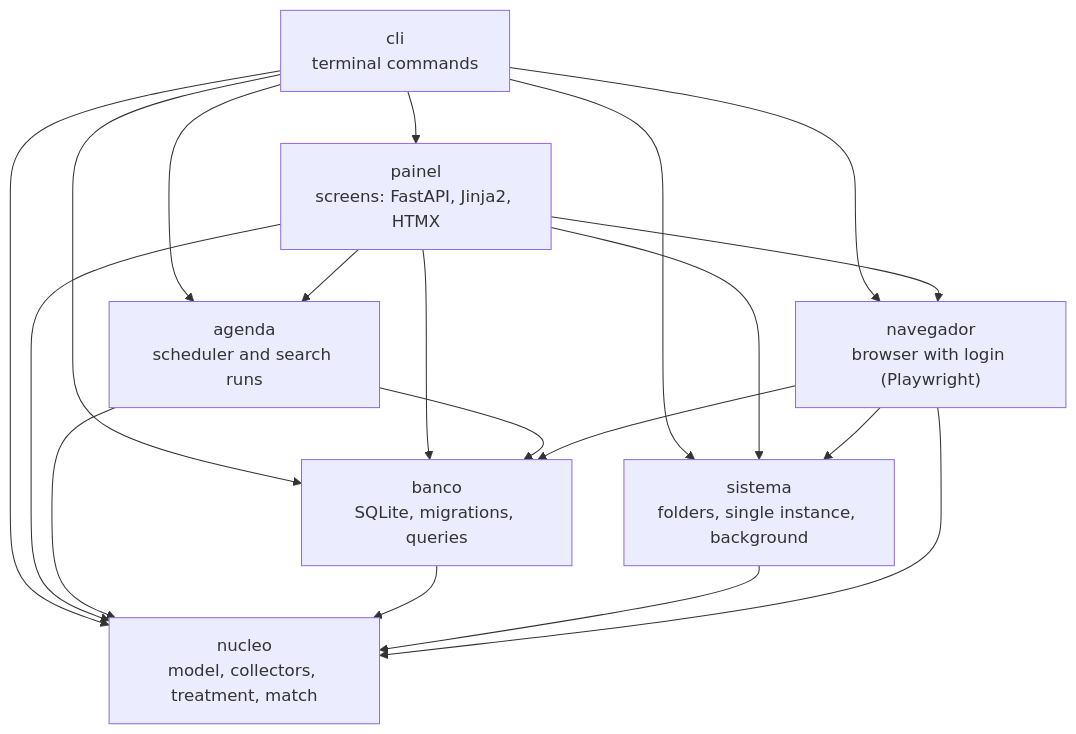
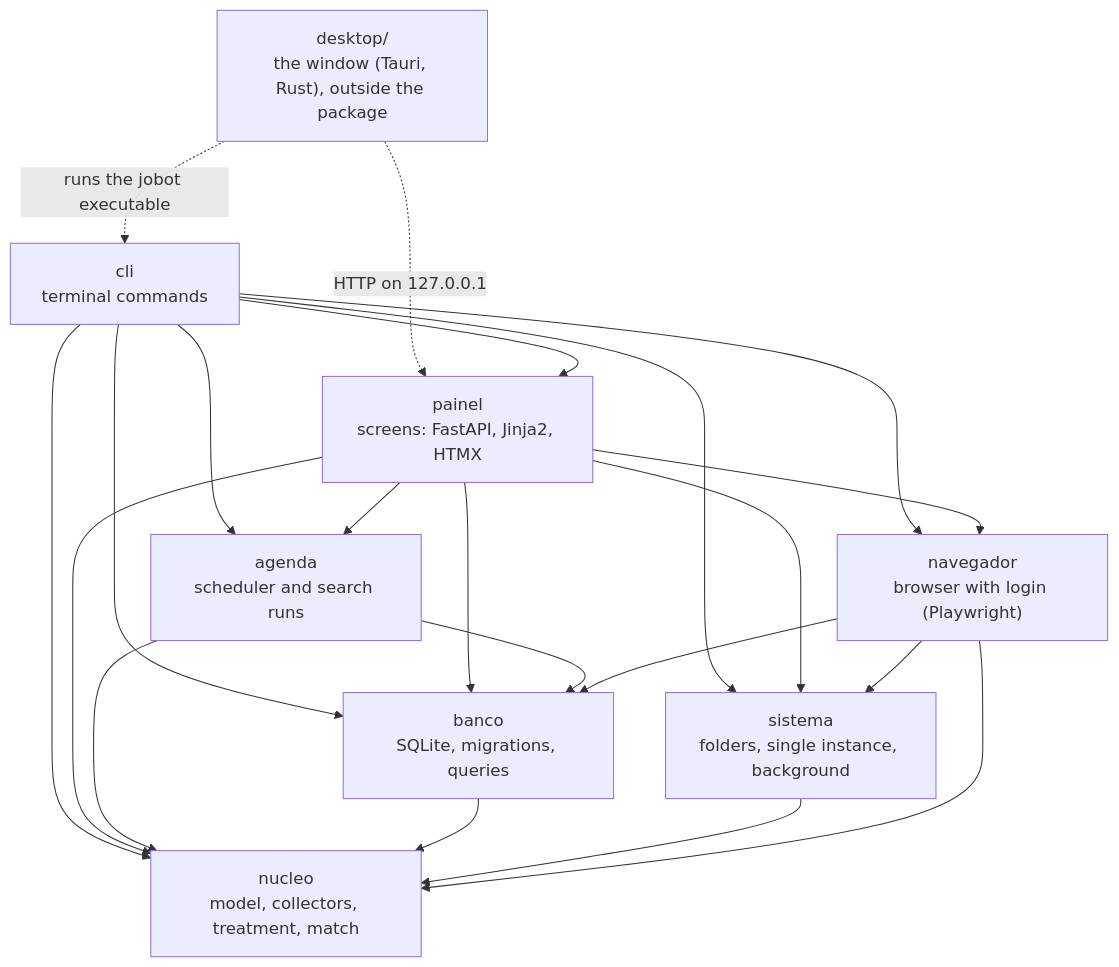
Before and after one commit to fezarosa-dev/joBot: the first of 5 diagrams in wiki/Architecture.md, drawn with Mermaid. The commit also changed other lines of this file and 19 other files, not shown here.

````diff
--- a/wiki/Architecture.md
+++ b/wiki/Architecture.md
@@ -43,29 +47,32 @@
 ```mermaid
 flowchart TD
     %% camadas
     cli["cli<br/>terminal commands"]
     painel["painel<br/>screens: FastAPI, Jinja2, HTMX"]
     agenda["agenda<br/>scheduler and search runs"]
     sistema["sistema<br/>folders, single instance, background"]
     banco["banco<br/>SQLite, migrations, queries"]
     navegador["navegador<br/>browser with login (Playwright)"]
     nucleo["nucleo<br/>model, collectors, treatment, match"]
+    desktop["desktop/<br/>the window (Tauri, Rust), outside the package"]
+    desktop -.->|HTTP on 127.0.0.1| painel
+    desktop -.->|runs the jobot executable| cli
     cli --> painel
     cli --> agenda
     cli --> sistema
     cli --> banco
     cli --> nucleo
     cli --> navegador
     painel --> navegador
     painel --> agenda
     painel --> sistema
     painel --> banco
     painel --> nucleo
     agenda --> banco
     agenda --> nucleo
     banco --> nucleo
     sistema --> nucleo
     navegador --> sistema
     navegador --> nucleo
     navegador --> banco
 ```
````
